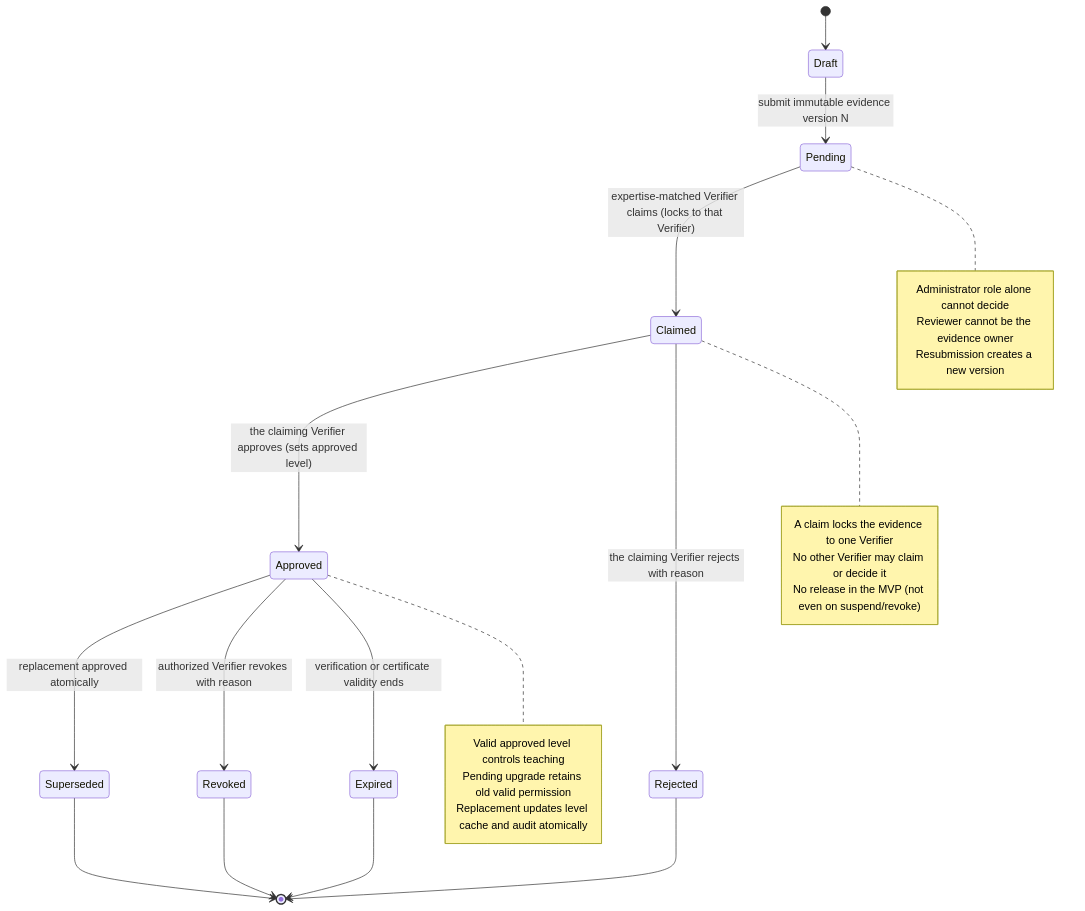
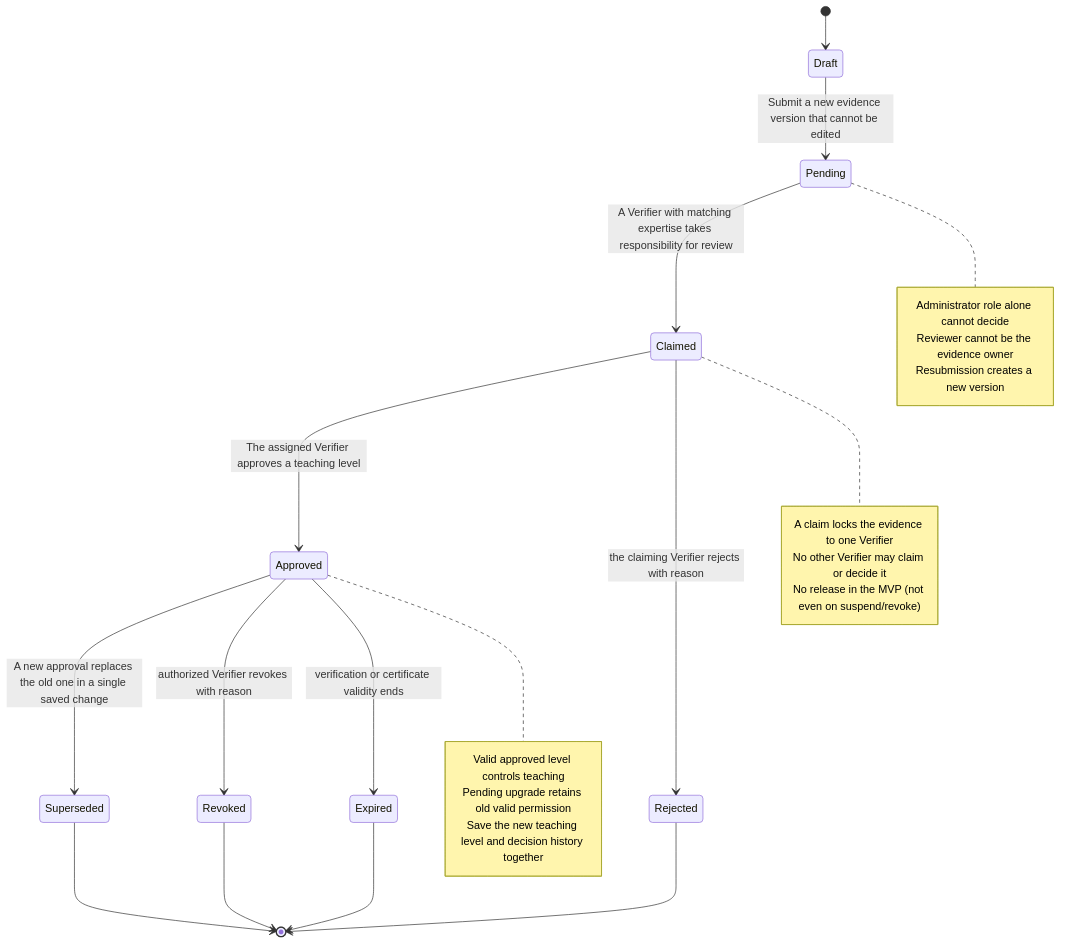
Before and after one commit to trankien022/SkillSwap: the second of 5 diagrams in docs/plans/SkillSwap-SRS.md, drawn with Mermaid. The commit also changed other lines of this file and 4 other files, not shown here.

````diff
--- a/docs/plans/SkillSwap-SRS.md
+++ b/docs/plans/SkillSwap-SRS.md
@@ -315,30 +317,30 @@
 ```mermaid
 stateDiagram-v2
   [*] --> Draft
-  Draft --> Pending : submit immutable evidence version N
-  Pending --> Claimed : expertise-matched Verifier claims (locks to that Verifier)
-  Claimed --> Approved : the claiming Verifier approves (sets approved level)
+  Draft --> Pending : Submit a new evidence version that cannot be edited
+  Pending --> Claimed : A Verifier with matching expertise takes responsibility for review
+  Claimed --> Approved : The assigned Verifier approves a teaching level
   Claimed --> Rejected : the claiming Verifier rejects with reason
-  Approved --> Superseded : replacement approved atomically
+  Approved --> Superseded : A new approval replaces the old one in a single saved change
   Approved --> Revoked : authorized Verifier revokes with reason
   Approved --> Expired : verification or certificate validity ends
   Rejected --> [*]
   Superseded --> [*]
   Revoked --> [*]
   Expired --> [*]
   note right of Claimed
     A claim locks the evidence to one Verifier
     No other Verifier may claim or decide it
     No release in the MVP (not even on suspend/revoke)
   end note
   note right of Approved
     Valid approved level controls teaching
     Pending upgrade retains old valid permission
-    Replacement updates level cache and audit atomically
+    Save the new teaching level and decision history together
   end note
   note right of Pending
     Administrator role alone cannot decide
     Reviewer cannot be the evidence owner
     Resubmission creates a new version
   end note
 ```
````
